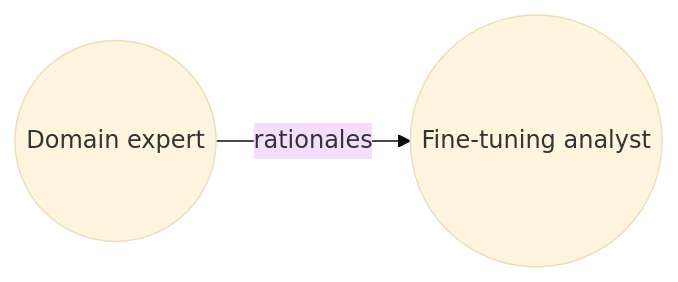
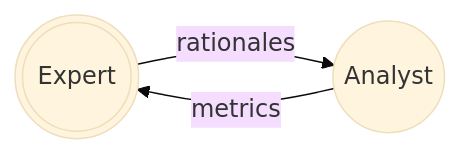
The third of 3 diagrams in tune-chatgpt/notes.md (borisdev/research), drawn with Mermaid (base theme) before and after one commit.

Commit message:
experiment new flow chart

````diff
--- a/tune-chatgpt/notes.md
+++ b/tune-chatgpt/notes.md
@@ -31,4 +31,5 @@
 ```mermaid
 flowchart LR
-    E((Domain expert))-- rationales -->A((Fine-tuning analyst))
+    E(((Expert)))-- rationales -->A((Analyst))
+    A((Analyst))-- metrics -->E(((Expert)))
 ```
````
